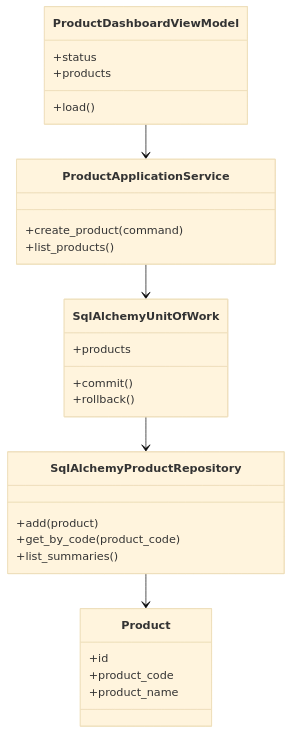
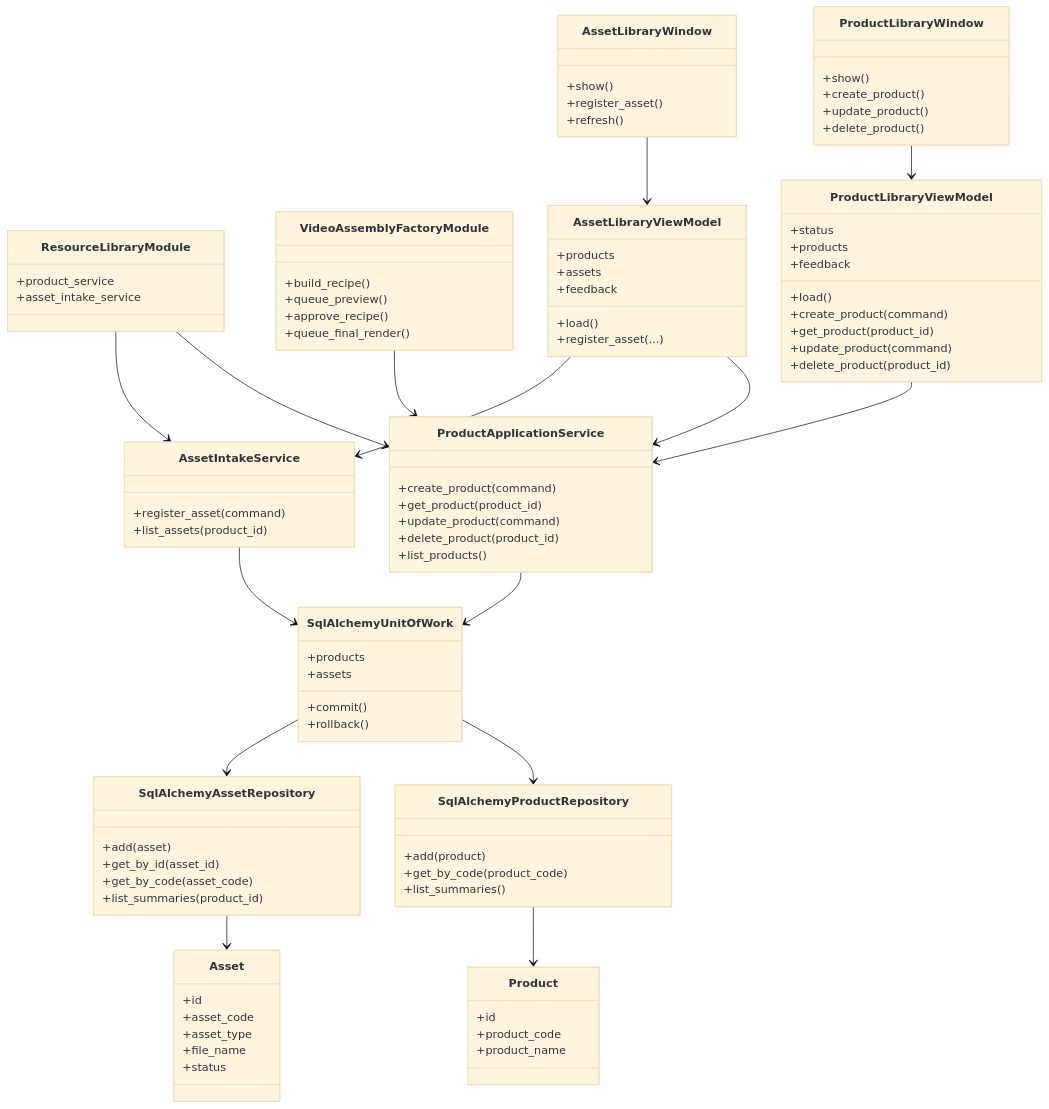
The third of 6 diagrams in doc/10_UML_System_Overview.md (idev006/MTClipFactory), drawn with Mermaid (base theme) before and after one commit. The commit also changed other lines of this file and 45 other files, not shown here.

Commit message:
Add resource library asset intake foundation

````diff
--- a/doc/10_UML_System_Overview.md
+++ b/doc/10_UML_System_Overview.md
@@ -20,18 +32,65 @@
 ```mermaid
 classDiagram
-    class ProductDashboardViewModel {
+    class ResourceLibraryModule {
+        +product_service
+        +asset_intake_service
+    }
+
+    class VideoAssemblyFactoryModule {
+        +build_recipe()
+        +queue_preview()
+        +approve_recipe()
+        +queue_final_render()
+    }
+
+    class ProductLibraryWindow {
+        +show()
+        +create_product()
+        +update_product()
+        +delete_product()
+    }
+
+    class AssetLibraryWindow {
+        +show()
+        +register_asset()
+        +refresh()
+    }
+
+    class ProductLibraryViewModel {
         +load()
+        +create_product(command)
+        +get_product(product_id)
+        +update_product(command)
+        +delete_product(product_id)
         +status
         +products
+        +feedback
+    }
+
+    class AssetLibraryViewModel {
+        +load()
+        +register_asset(...)
+        +products
+        +assets
+        +feedback
     }
 
     class ProductApplicationService {
         +create_product(command)
+        +get_product(product_id)
+        +update_product(command)
+        +delete_product(product_id)
         +list_products()
+    }
+
+    class AssetIntakeService {
+        +register_asset(command)
+        +list_assets(product_id)
     }
 
     class SqlAlchemyUnitOfWork {
         +products
+        +assets
         +commit()
         +rollback()
     }
@@ -42,14 +101,39 @@
         +list_summaries()
     }
 
+    class SqlAlchemyAssetRepository {
+        +add(asset)
+        +get_by_id(asset_id)
+        +get_by_code(asset_code)
+        +list_summaries(product_id)
+    }
+
     class Product {
         +id
         +product_code
         +product_name
     }
 
-    ProductDashboardViewModel --> ProductApplicationService
+    class Asset {
+        +id
+        +asset_code
+        +asset_type
+        +file_name
+        +status
+    }
+
+    ProductLibraryWindow --> ProductLibraryViewModel
+    AssetLibraryWindow --> AssetLibraryViewModel
+    ResourceLibraryModule --> ProductApplicationService
+    ResourceLibraryModule --> AssetIntakeService
+    VideoAssemblyFactoryModule --> ProductApplicationService
+    ProductLibraryViewModel --> ProductApplicationService
+    AssetLibraryViewModel --> ProductApplicationService
+    AssetLibraryViewModel --> AssetIntakeService
     ProductApplicationService --> SqlAlchemyUnitOfWork
+    AssetIntakeService --> SqlAlchemyUnitOfWork
     SqlAlchemyUnitOfWork --> SqlAlchemyProductRepository
+    SqlAlchemyUnitOfWork --> SqlAlchemyAssetRepository
     SqlAlchemyProductRepository --> Product
+    SqlAlchemyAssetRepository --> Asset
 ```
````
